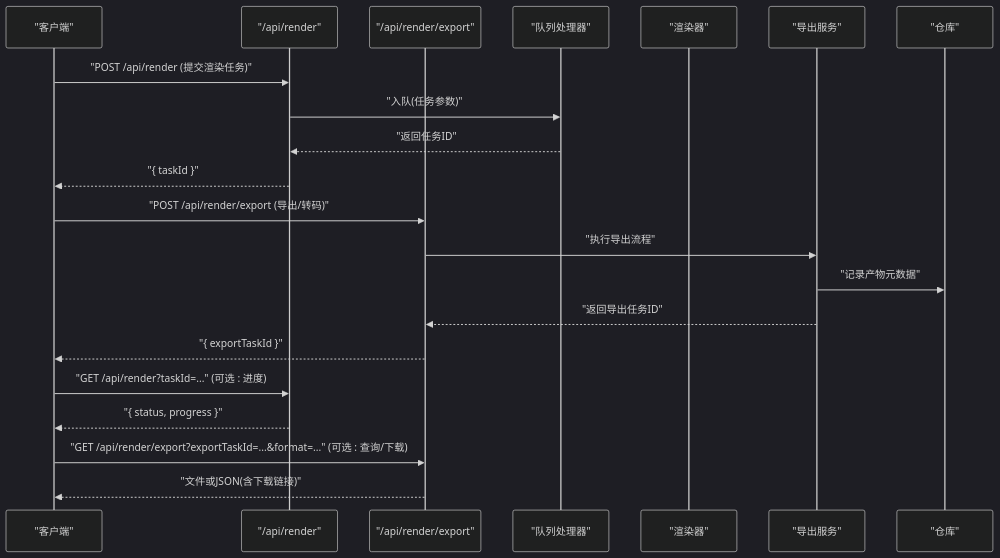
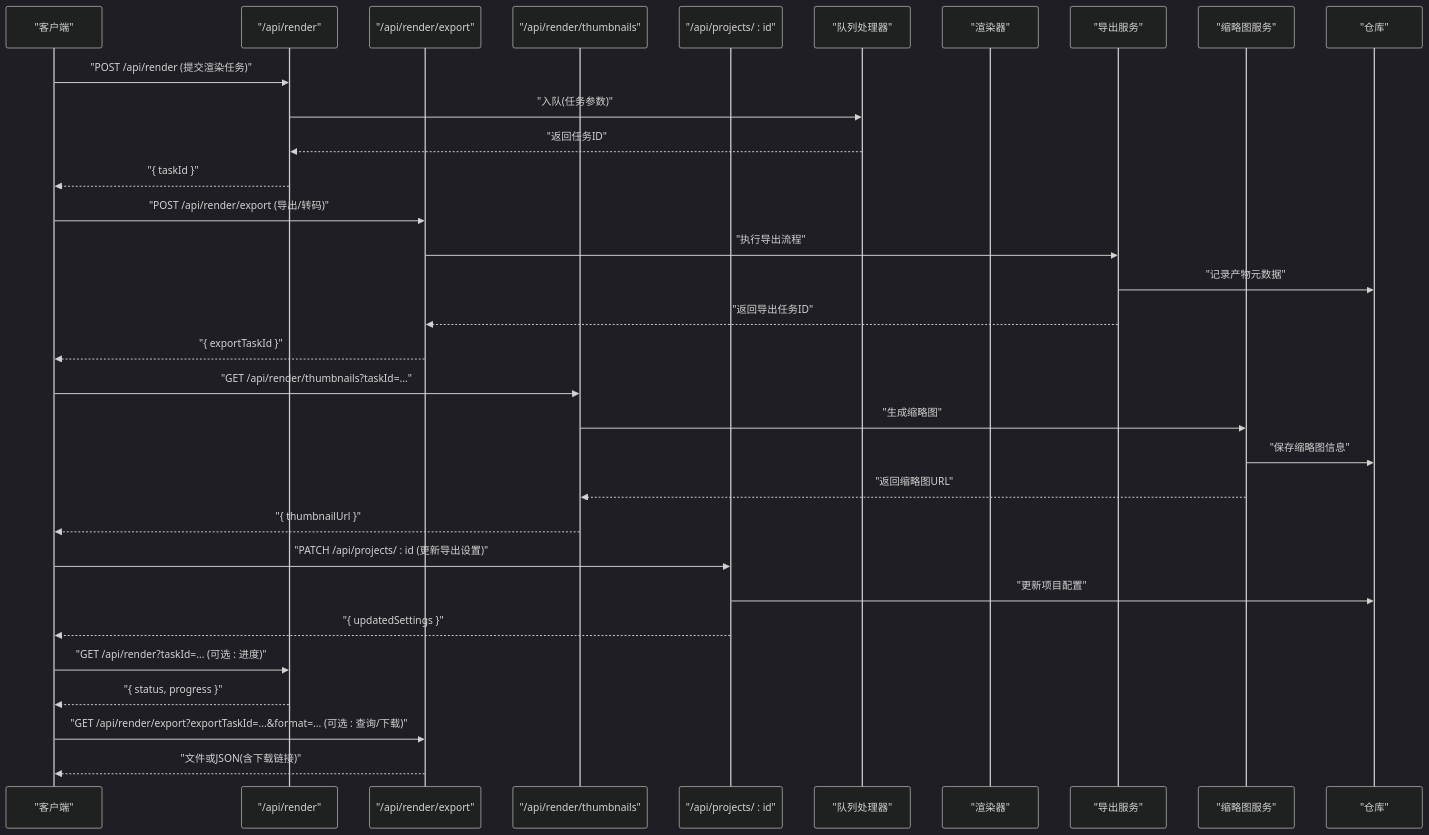
One commit to AIMFllyYS/code-video-canvas changed the second of 3 diagrams in .qoder/repowiki/zh/content/API 参考/渲染导出 API.md. Above: the diagram before and after it, drawn with Mermaid (dark theme). The commit also changed other lines of this file and 7 other files, not shown here.

````diff
--- a/.qoder/repowiki/zh/content/API 参考/渲染导出 API.md
+++ b/.qoder/repowiki/zh/content/API 参考/渲染导出 API.md
@@ -107,23 +132,34 @@
 ```mermaid
 sequenceDiagram
 participant Client as "客户端"
 participant RenderAPI as "/api/render"
 participant ExportAPI as "/api/render/export"
+participant ThumbnailAPI as "/api/render/thumbnails"
+participant ProjectAPI as "/api/projects/ : id"
 participant Queue as "队列处理器"
 participant Renderer as "渲染器"
 participant ExportSvc as "导出服务"
+participant ThumbnailSvc as "缩略图服务"
 participant Repo as "仓库"
 Client->>RenderAPI : "POST /api/render (提交渲染任务)"
 RenderAPI->>Queue : "入队(任务参数)"
 Queue-->>RenderAPI : "返回任务ID"
 RenderAPI-->>Client : "{ taskId }"
 Client->>ExportAPI : "POST /api/render/export (导出/转码)"
 ExportAPI->>ExportSvc : "执行导出流程"
 ExportSvc->>Repo : "记录产物元数据"
 ExportSvc-->>ExportAPI : "返回导出任务ID"
 ExportAPI-->>Client : "{ exportTaskId }"
-Client->>RenderAPI : "GET /api/render?taskId=..." (可选 : 进度)
+Client->>ThumbnailAPI : "GET /api/render/thumbnails?taskId=..."
+ThumbnailAPI->>ThumbnailSvc : "生成缩略图"
+ThumbnailSvc->>Repo : "保存缩略图信息"
+ThumbnailSvc-->>ThumbnailAPI : "返回缩略图URL"
+ThumbnailAPI-->>Client : "{ thumbnailUrl }"
+Client->>ProjectAPI : "PATCH /api/projects/ : id (更新导出设置)"
+ProjectAPI->>Repo : "更新项目配置"
+ProjectAPI-->>Client : "{ updatedSettings }"
+Client->>RenderAPI : "GET /api/render?taskId=... (可选 : 进度)"
 RenderAPI-->>Client : "{ status, progress }"
-Client->>ExportAPI : "GET /api/render/export?exportTaskId=...&format=..." (可选 : 查询/下载)
+Client->>ExportAPI : "GET /api/render/export?exportTaskId=...&format=... (可选 : 查询/下载)"
 ExportAPI-->>Client : "文件或JSON(含下载链接)"
 ```
````
